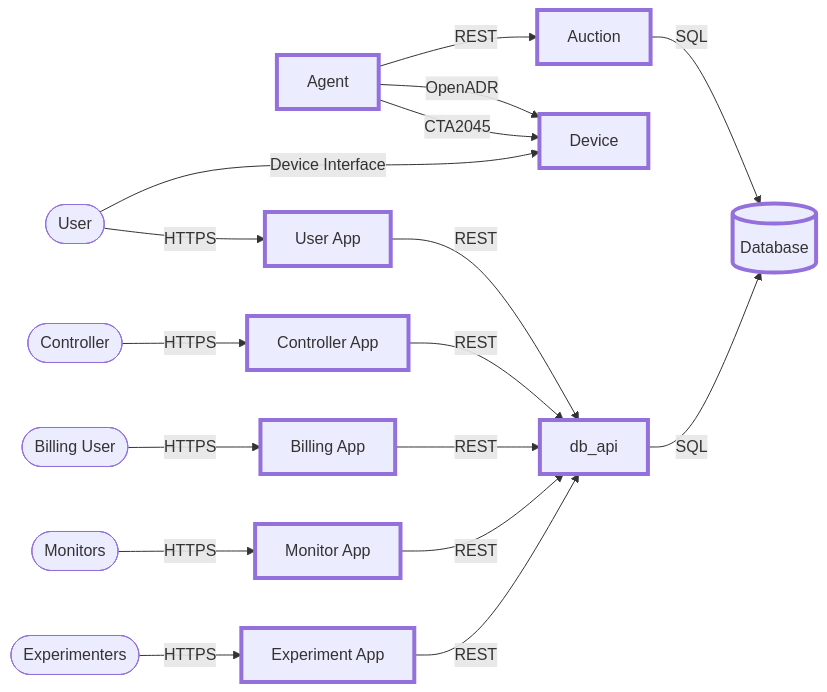
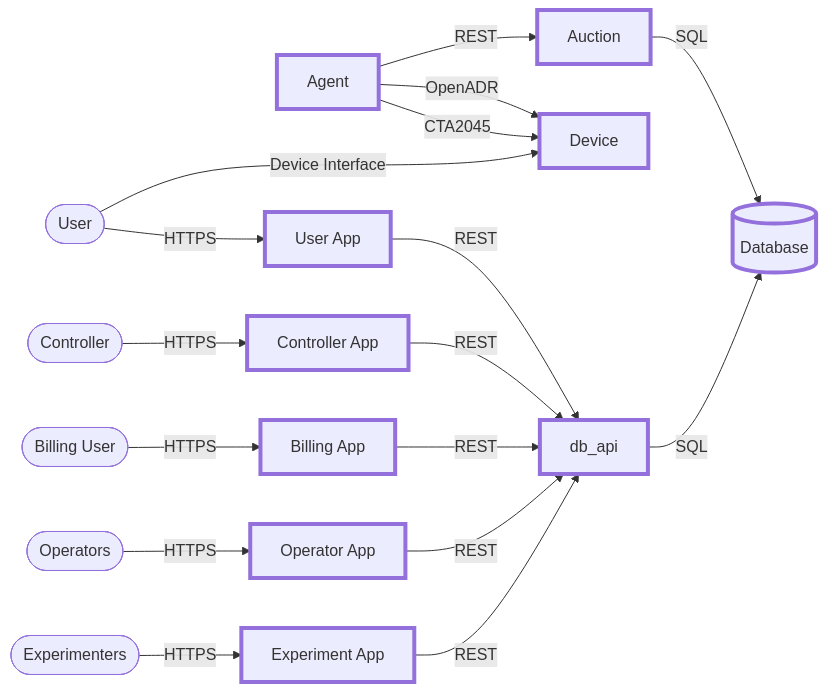
Before and after one commit to aivanova5/design: the second of 2 diagrams in docs/README.md, drawn with Mermaid. The commit also changed other lines of this file, not shown here.

````diff
--- a/docs/README.md
+++ b/docs/README.md
@@ -66,35 +66,35 @@
 ```mermaid
 flowchart LR
 
   classDef active stroke-width:4px;
 
   agent[Agent]:::active --"REST"--> auction[Auction]:::active
     click agent "https://github.co/postroad-energy/design/blob/main/docs/agent.md" _blank
     click auction "https://github.com/postroad-energy/design/blob/main/docs/auction.md" _blank
     
   agent --"OpenADR"--> device[Device]:::active
   agent --"CTA2045"--> device
     click device "https://github.com/postroad-energy/design/blob/main/docs/device.md" _blank
   
   user --Device Interface--> device
   
   auction --"SQL"--> database[(Database)]:::active
     click database "https://github.com/postroad-energy/design/blob/main/docs/database.md" _blank
   
   user([User]) --HTTPS--> user_app[User App]:::active --REST--> database_api[db_api]:::active --SQL--> database
     click user_app "https://github.com/tess-cc/design/blob/main/docs/users.md" _blank
     click db_api "https://github.co/postroad-energy/design/blob/main/docs/database.md" _blank
 
   controller([Controller]) --HTTPS--> controller_app[Controller App]:::active --REST--> database_api
       click controller_app "https://github.com/postroad-energy/design/blob/main/docs/controller.md" _blank
 
   billing([Billing User]) --HTTPS--> billing_app[Billing App]:::active --REST--> database_api
       click billing_app "https://github.com/postroad-energy/design/blob/main/docs/billing.md" _blank
 
-  monitors([Monitors]) --HTTPS--> monitor_app[Monitor App]:::active --REST--> database_api
-      click monitor_app "https://github.com/postroad-energy/design/blob/main/docs/monitors.md" _blank
+  operators([Operators]) --HTTPS--> operator_app[Operator App]:::active --REST--> database_api
+      click operator_app "https://github.com/postroad-energy/design/blob/main/docs/operators.md" _blank
 
   experiment([Experimenters]) --HTTPS--> experiment_app[Experiment App]:::active --REST--> database_api
       click experiment_app "https://github.com/postroad-energy/design/blob/main/docs/experimenters.md" _blank
 
 ```
````
